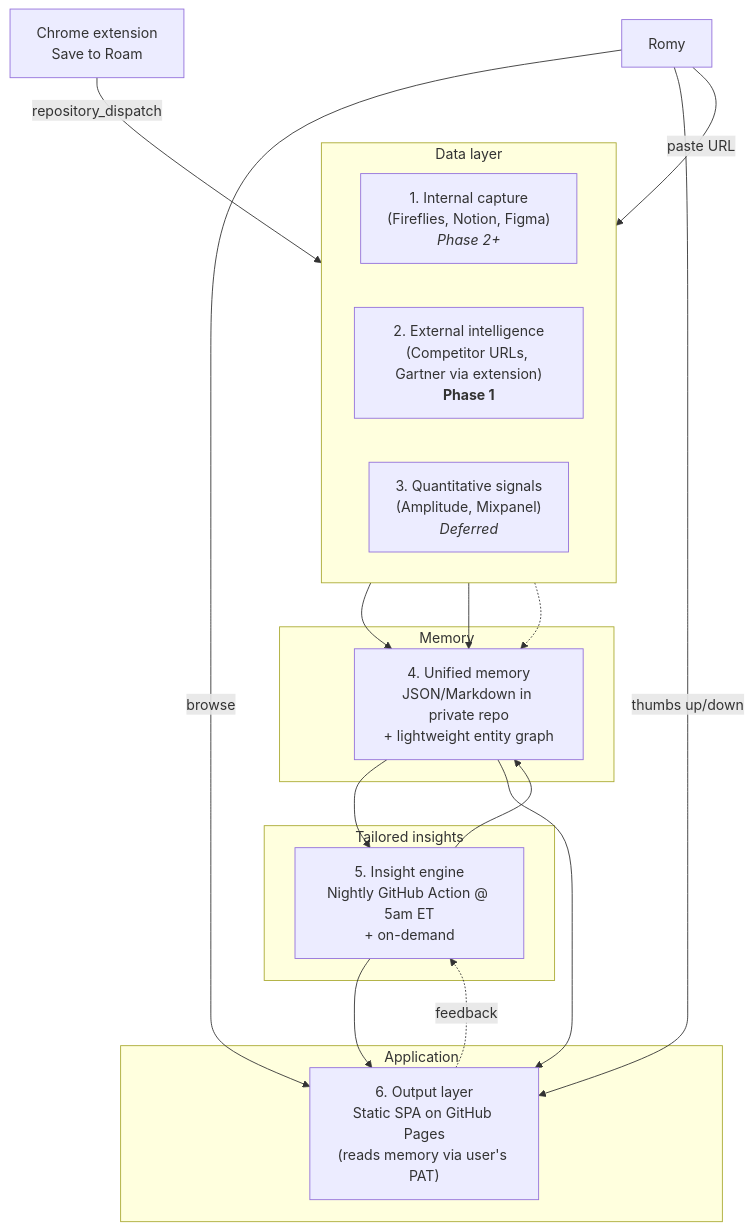
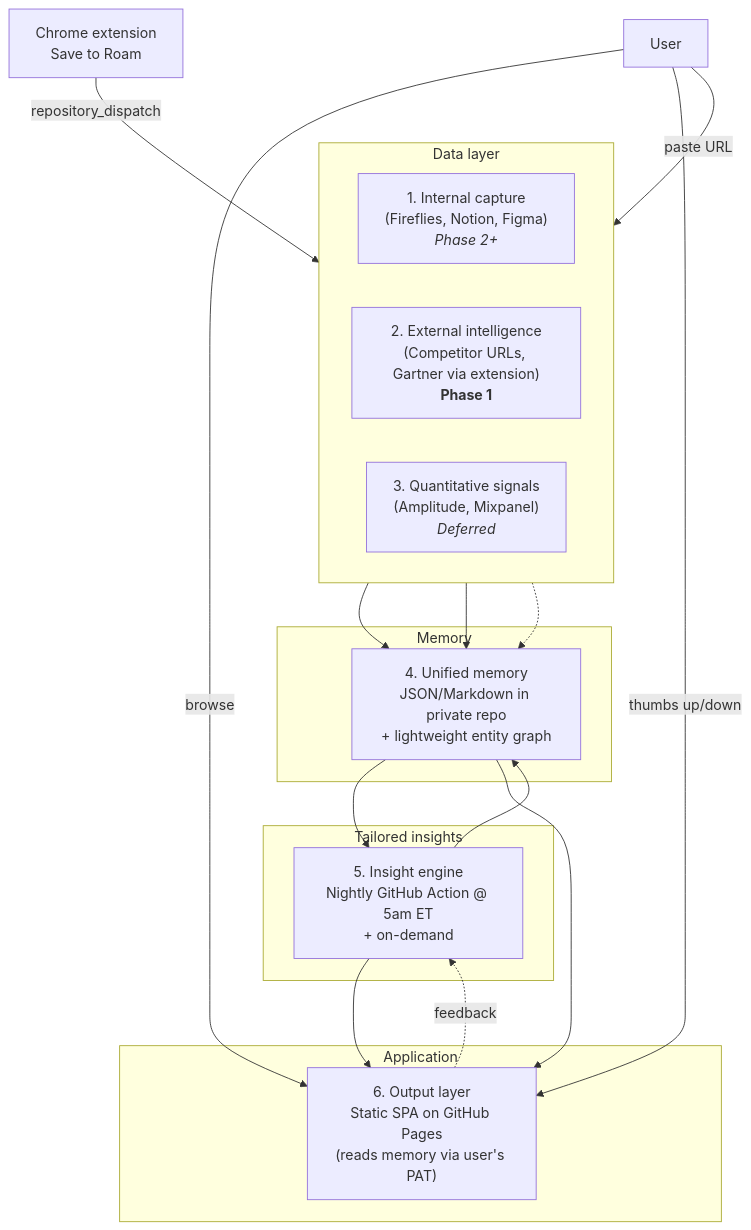
The diagram in docs/ARCHITECTURE.md (moav-romy/roam), drawn with Mermaid before and after one commit. The commit also changed other lines of this file and 4 other files, not shown here.

````diff
--- a/docs/ARCHITECTURE.md
+++ b/docs/ARCHITECTURE.md
@@ -7,35 +7,35 @@
 ```mermaid
 flowchart TB
   subgraph DATA[Data layer]
     direction LR
     L1["1. Internal capture<br/>(Fireflies, Notion, Figma)<br/><i>Phase 2+</i>"]
     L2["2. External intelligence<br/>(Competitor URLs, Gartner via extension)<br/><b>Phase 1</b>"]
     L3["3. Quantitative signals<br/>(Amplitude, Mixpanel)<br/><i>Deferred</i>"]
   end
 
   subgraph MEM[Memory]
     L4["4. Unified memory<br/>JSON/Markdown in private repo<br/>+ lightweight entity graph"]
   end
 
   subgraph INSIGHT[Tailored insights]
     L5["5. Insight engine<br/>Nightly GitHub Action @ 5am ET<br/>+ on-demand"]
   end
 
   subgraph APP[Application]
     L6["6. Output layer<br/>Static SPA on GitHub Pages<br/>(reads memory via user's PAT)"]
   end
 
   L1 --> L4
   L2 --> L4
   L3 -.-> L4
   L4 --> L5
   L5 --> L4
   L4 --> L6
   L5 --> L6
 
   EXT[Chrome extension<br/>Save to Roam] -->|repository_dispatch| L2
-  USER[Romy] -->|paste URL| L2
+  USER[User] -->|paste URL| L2
   USER -->|browse| L6
   USER -->|thumbs up/down| L6
   L6 -.feedback.-> L5
 ```
````
